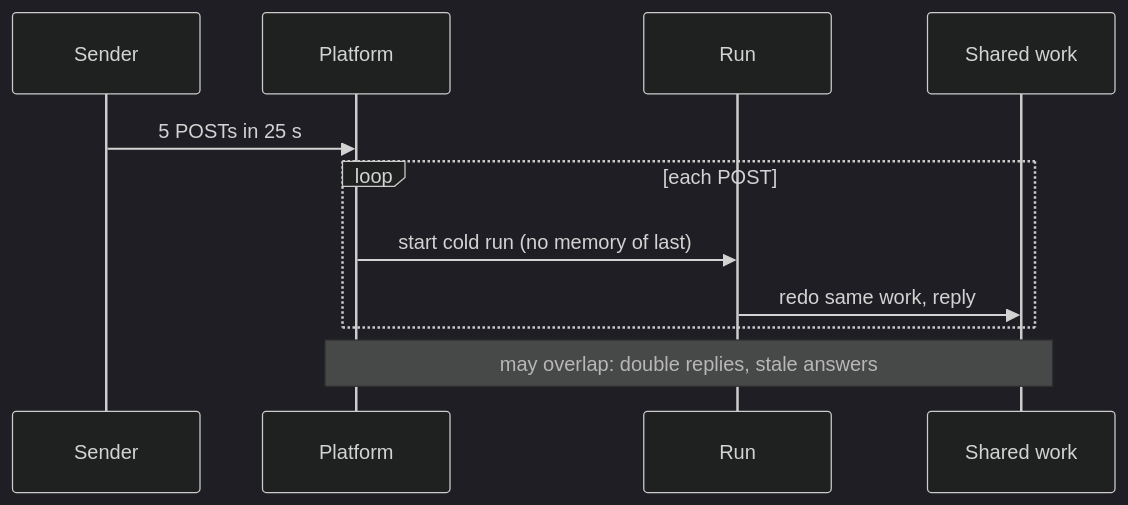
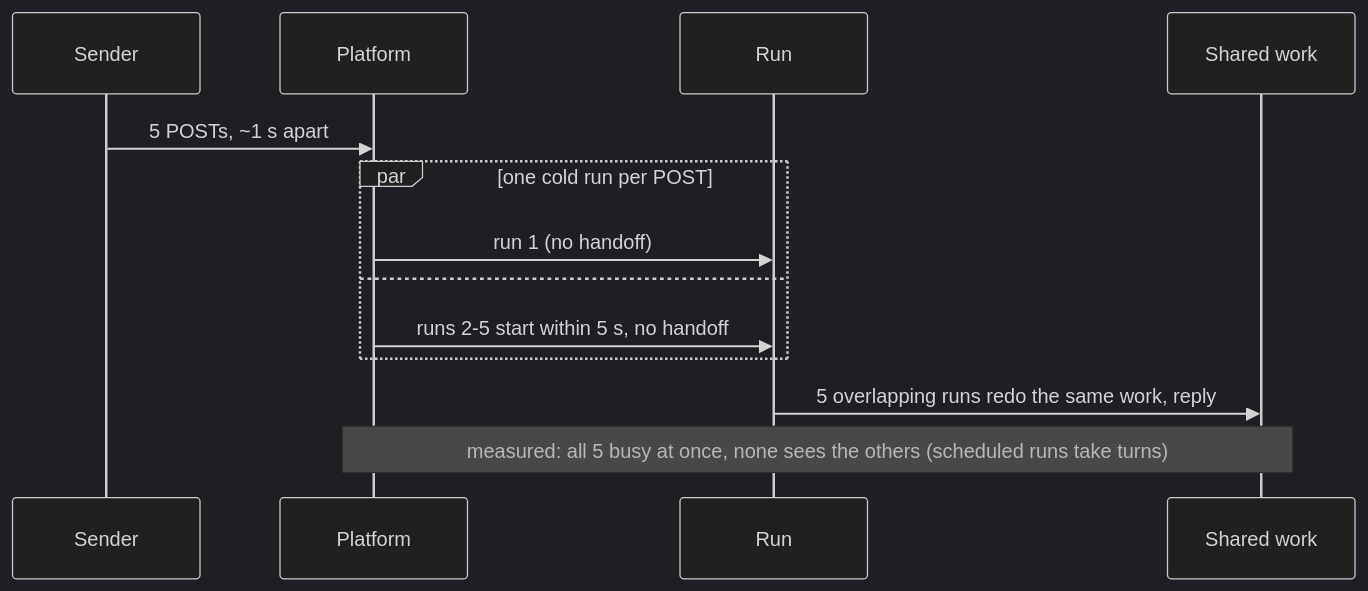
Before and after one commit to si4ai/grokbot-wake-relay: the first of 3 diagrams in README.md, drawn with Mermaid (dark theme). The commit also changed other lines of this file and 6 other files, not shown here.

````diff
--- a/README.md
+++ b/README.md
@@ -22,13 +25,15 @@
 ```mermaid
 sequenceDiagram
     participant S as Sender
     participant P as Platform
     participant R as Run
     participant W as Shared work
-    S->>P: 5 POSTs in 25 s
-    loop each POST
-        P->>R: start cold run (no memory of last)
-        R->>W: redo same work, reply
+    S->>P: 5 POSTs, ~1 s apart
+    par one cold run per POST
+        P->>R: run 1 (no handoff)
+    and
+        P->>R: runs 2-5 start within 5 s, no handoff
     end
-    Note over P,W: may overlap: double replies, stale answers
+    R->>W: 5 overlapping runs redo the same work, reply
+    Note over P,W: measured: all 5 busy at once, none sees the others (scheduled runs take turns)
 ```
````
